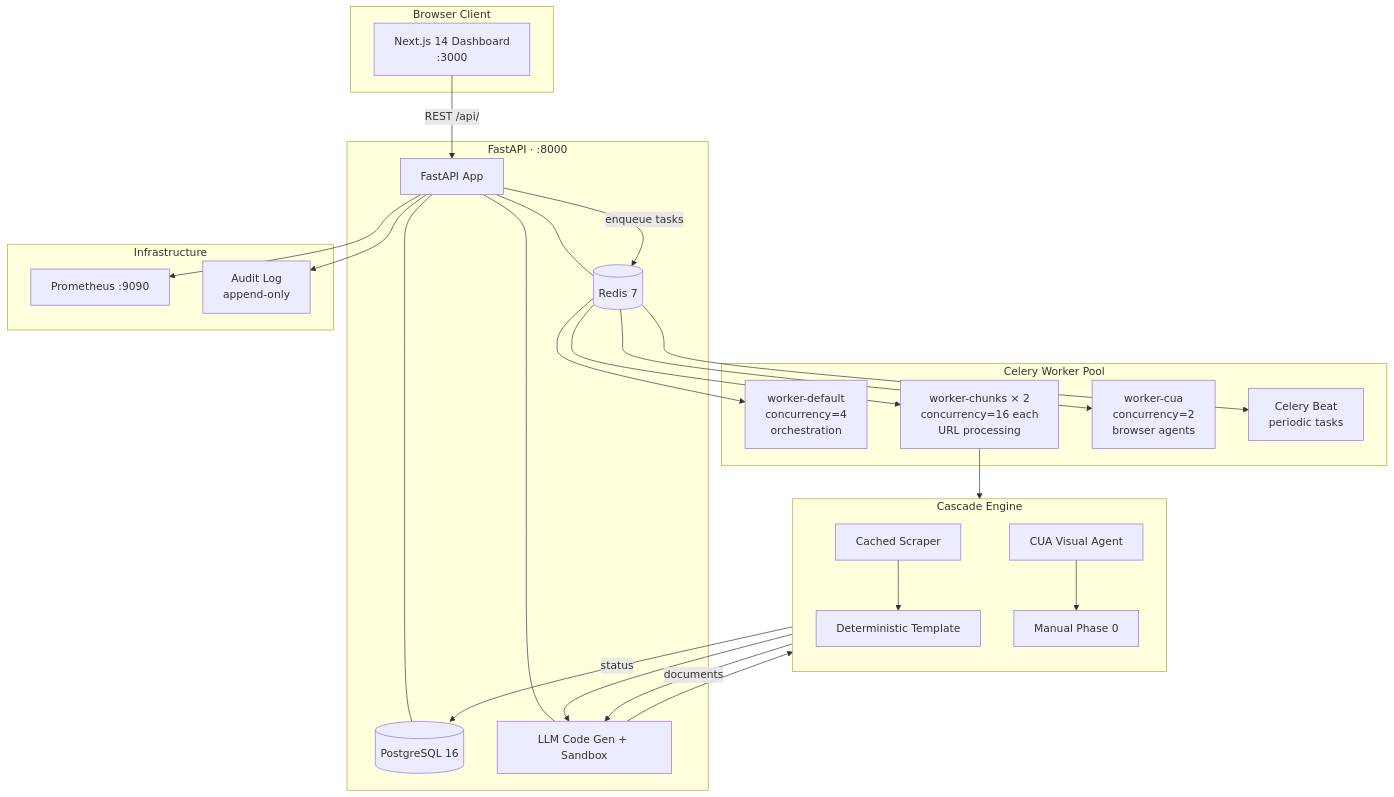
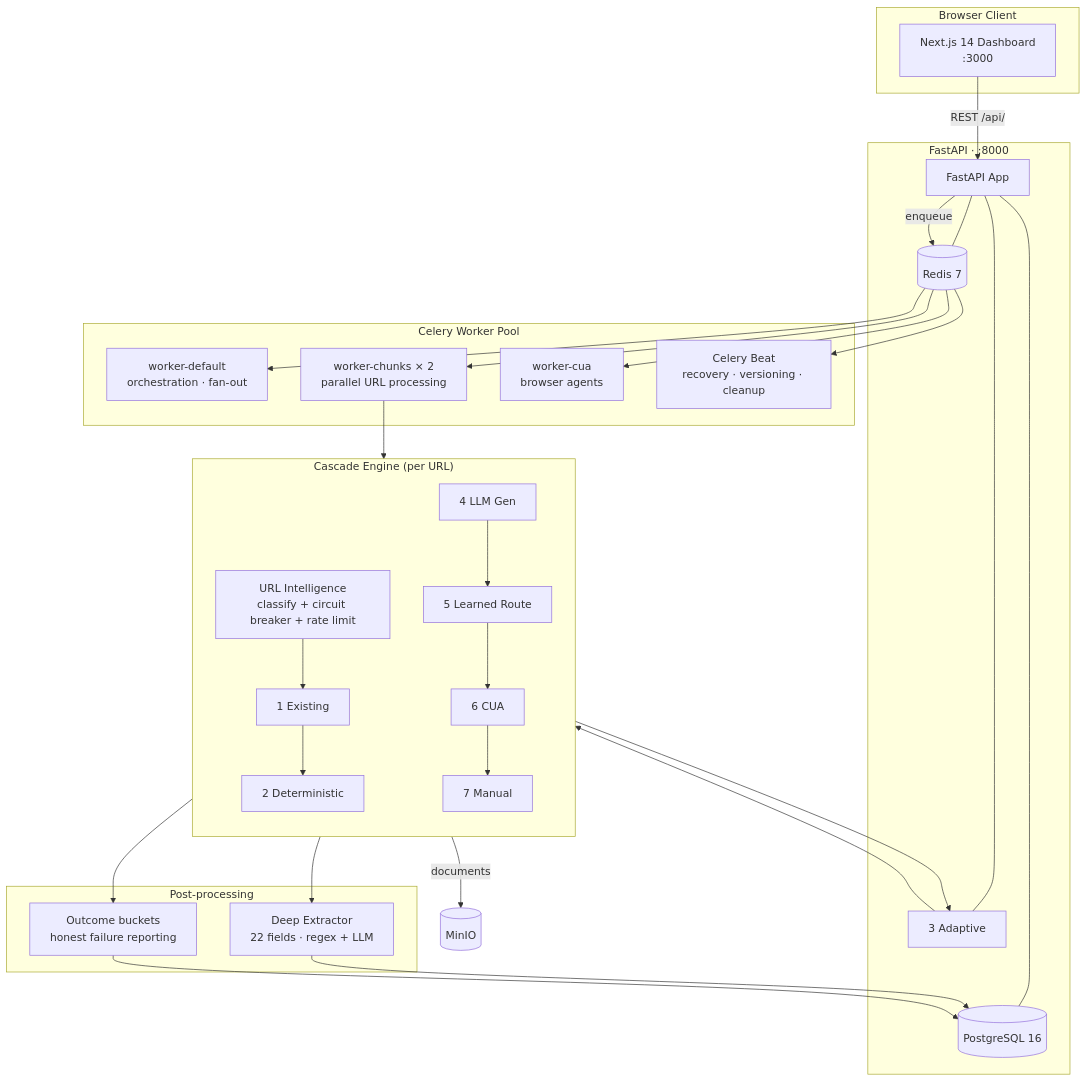
The second of 2 diagrams in README.md (Siddharthpatni/Project-1), drawn with Mermaid before and after one commit. The commit also changed other lines of this file and 9 other files, not shown here.

````diff
--- a/README.md
+++ b/README.md
@@ -86,43 +127,41 @@
 ```mermaid
 graph TB
     subgraph Client["Browser Client"]
         UI[Next.js 14 Dashboard<br/>:3000]
     end
 
     subgraph API["FastAPI · :8000"]
         APP[FastAPI App]
         APP --- DB[(PostgreSQL 16)]
         APP --- S3[(MinIO / S3)]
         APP --- RD[(Redis 7)]
     end
 
     subgraph Workers["Celery Worker Pool"]
-        WD[worker-default<br/>concurrency=4<br/>orchestration]
-        WC[worker-chunks × 2<br/>concurrency=16 each<br/>URL processing]
-        WQ[worker-cua<br/>concurrency=2<br/>browser agents]
-        BT[Celery Beat<br/>periodic tasks]
+        WD[worker-default<br/>orchestration · fan-out]
+        WC[worker-chunks × 2<br/>parallel URL processing]
+        WQ[worker-cua<br/>browser agents]
+        BT[Celery Beat<br/>recovery · versioning · cleanup]
     end
 
-    subgraph Cascade["Cascade Engine"]
+    subgraph Cascade["Cascade Engine (per URL)"]
         direction TB
-        S1[Cached Scraper]
-        S2[Deterministic Template]
-        S3[LLM Code Gen + Sandbox]
-        S4[CUA Visual Agent]
-        S5[Manual Phase 0]
-        S1 --> S2 --> S3 --> S4 --> S5
+        UIQ[URL Intelligence<br/>classify + circuit breaker + rate limit]
+        S1[1 Existing] --> S2[2 Deterministic] --> S3[3 Adaptive]
+        S3 --> S4[4 LLM Gen] --> S5[5 Learned Route] --> S6[6 CUA] --> S7[7 Manual]
+        UIQ --> S1
     end
 
-    subgraph Infra["Infrastructure"]
-        PROM[Prometheus :9090]
-        AUDIT[Audit Log<br/>append-only]
+    subgraph Post["Post-processing"]
+        EX[Deep Extractor<br/>22 fields · regex + LLM]
+        OUT[Outcome buckets<br/>honest failure reporting]
     end
 
     UI -->|REST /api/| APP
-    APP -->|enqueue tasks| RD
+    APP -->|enqueue| RD
     RD --> WD & WC & WQ & BT
     WC --> Cascade
-    Cascade -->|documents| S3
-    Cascade -->|status| DB
-    APP --> PROM & AUDIT
+    Cascade -->|documents| S3DB[(MinIO)]
+    Cascade --> EX & OUT
+    EX & OUT --> DB
 ```
````
